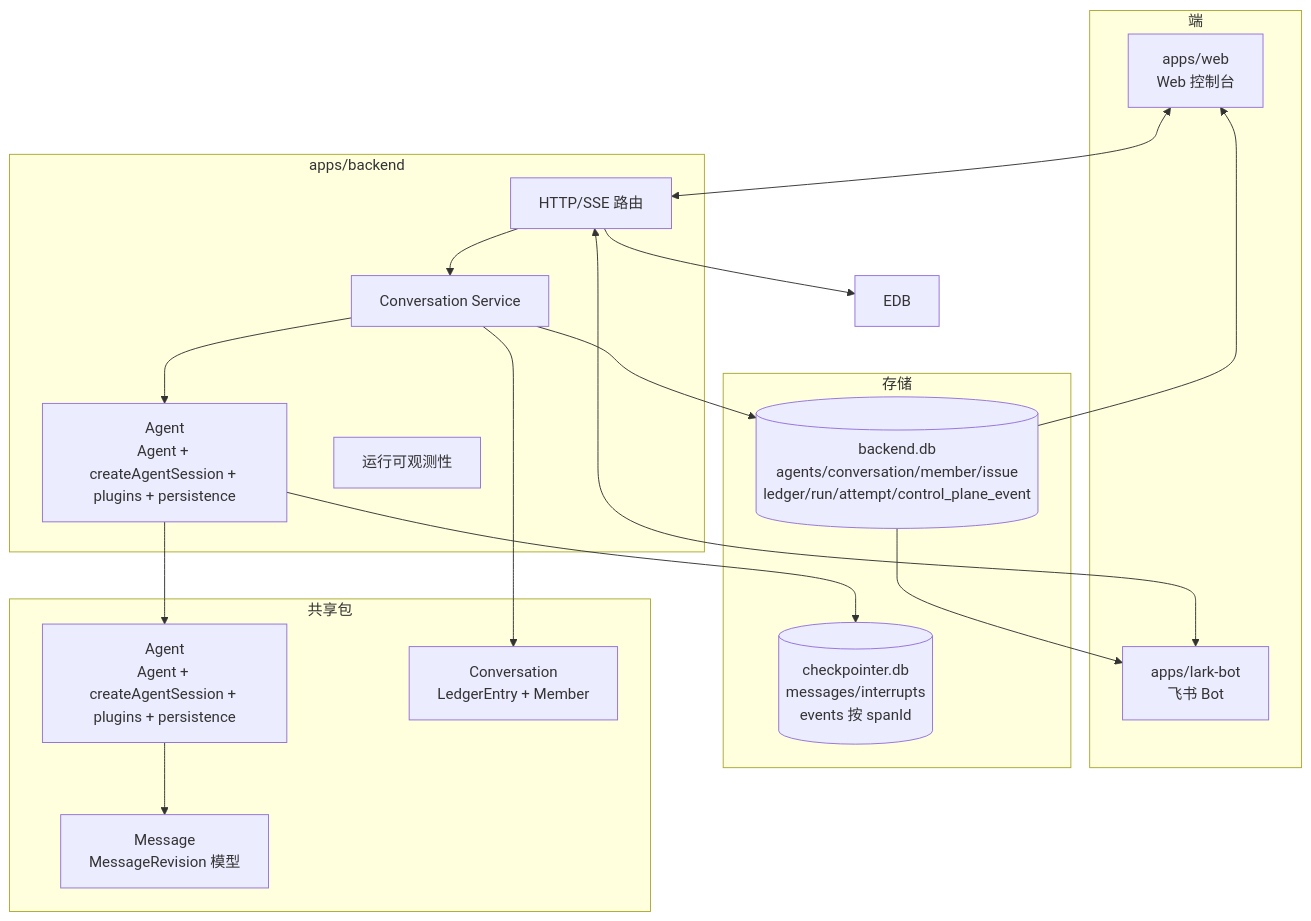
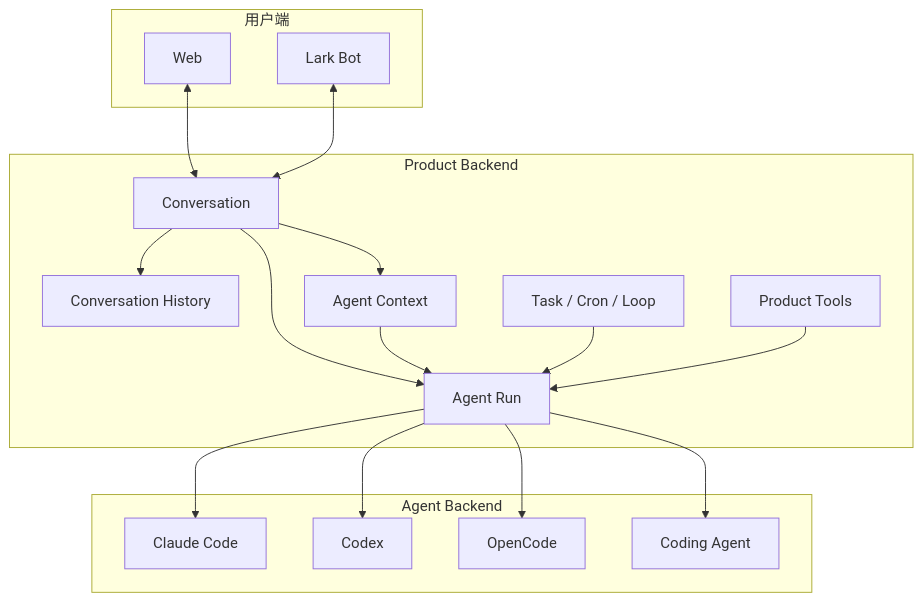
The first of 2 diagrams in docs/architecture/system-overview.md (Chengchcc/my-agent-dev), drawn with Mermaid before and after one commit. The commit also changed other lines of this file and 48 other files, not shown here.

First line of the commit message:
docs(repo): add agent-backend and coding-agent rewrite programme

````diff
--- a/docs/architecture/system-overview.md
+++ b/docs/architecture/system-overview.md
@@ -21,38 +32,36 @@
 ```mermaid
 flowchart TB
-  subgraph Surfaces[端]
-    Web[apps/web\nWeb 控制台]
-    Lark[apps/lark-bot\n飞书 Bot]
+  subgraph Surfaces[用户端]
+    Web[Web]
+    Lark[Lark Bot]
   end
 
-  subgraph Backend[apps/backend]
-    API[HTTP/SSE 路由]
-    Conv[Conversation Service]
-    AG[Agent\nAgent + createAgentSession + plugins + persistence]
-    Ops[运行可观测性]
+  subgraph Product[Product Backend]
+    Conversation[Conversation]
+    History[Conversation History]
+    Context[Agent Context]
+    Run[Agent Run]
+    Tools[Product Tools]
+    Flow[Task / Cron / Loop]
   end
 
-  subgraph Storage[存储]
-    BDB[(backend.db\nagents/conversation/member/issue\nledger/run/attempt/control_plane_event)]
-    CKPT[(checkpointer.db\nmessages/interrupts\nevents 按 spanId)]
+  subgraph Backends[Agent Backend]
+    Claude[Claude Code]
+    Codex[Codex]
+    OpenCode[OpenCode]
+    Coding[Coding Agent]
   end
 
-  subgraph Packages[共享包]
-    AGP[Agent\nAgent + createAgentSession + plugins + persistence]
-    MSG[Message\nMessageRevision 模型]
-    CV[Conversation\nLedgerEntry + Member]
-  end
-
-  Web <--> API
-  Lark <--> API
-  API --> Conv
-  Conv --> AG
-  AG --> AGP
-  AGP --> MSG
-  Conv --> CV
-  Conv --> BDB
-  API --> EDB
-  AG --> CKPT
-  BDB --> Web
-  BDB --> Lark
+  Web <--> Conversation
+  Lark <--> Conversation
+  Conversation --> History
+  Conversation --> Context
+  Conversation --> Run
+  Context --> Run
+  Flow --> Run
+  Tools --> Run
+  Run --> Claude
+  Run --> Codex
+  Run --> OpenCode
+  Run --> Coding
 ```
````
